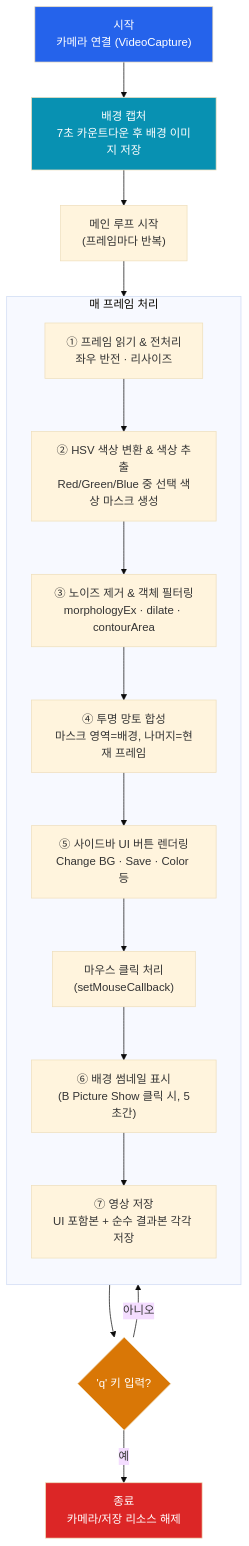
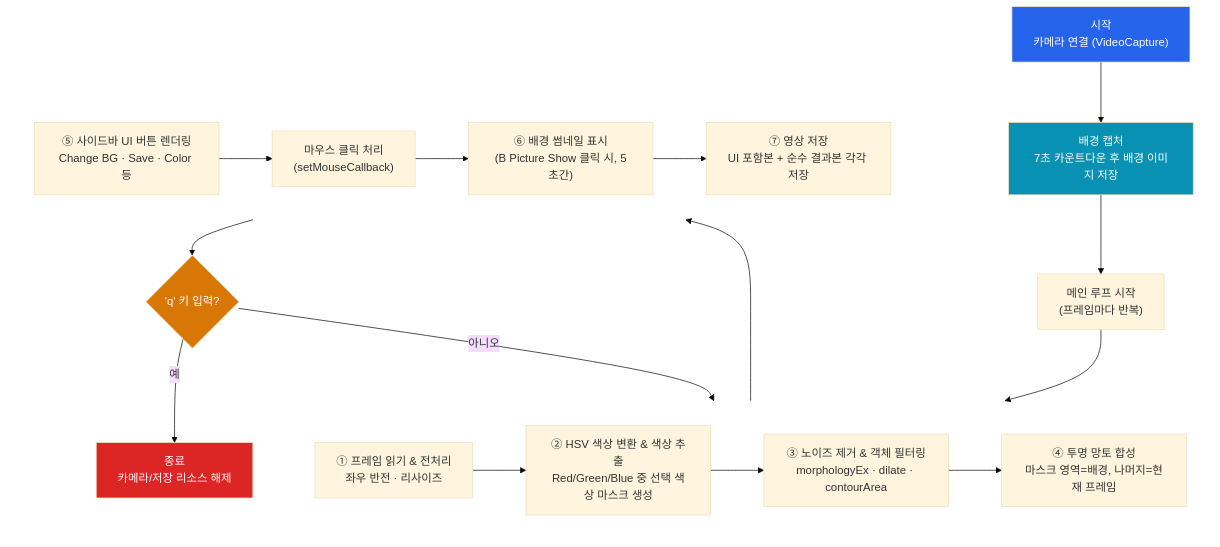
One commit to 2101080JUNGJINYOUNG/OpenCV-Invisibility-Cloak changed the diagram in README.md. Above: the diagram before and after it, drawn with Mermaid (base theme).

````diff
--- a/README.md
+++ b/README.md
@@ -15,26 +15,31 @@
 ```mermaid
 flowchart TD
     A["시작<br/>카메라 연결 (VideoCapture)"] --> B["배경 캡처<br/>7초 카운트다운 후 배경 이미지 저장"]
     B --> C["메인 루프 시작<br/>(프레임마다 반복)"]
 
-    subgraph LOOP["매 프레임 처리"]
-        direction TB
+    subgraph ROW1[" "]
+        direction LR
         C1["① 프레임 읽기 & 전처리<br/>좌우 반전 · 리사이즈"] --> C2["② HSV 색상 변환 & 색상 추출<br/>Red/Green/Blue 중 선택 색상 마스크 생성"]
         C2 --> C3["③ 노이즈 제거 & 객체 필터링<br/>morphologyEx · dilate · contourArea"]
         C3 --> C4["④ 투명 망토 합성<br/>마스크 영역=배경, 나머지=현재 프레임"]
-        C4 --> C5["⑤ 사이드바 UI 버튼 렌더링<br/>Change BG · Save · Color 등"]
-        C5 --> C6["마우스 클릭 처리<br/>(setMouseCallback)"]
+    end
+    subgraph ROW2[" "]
+        direction LR
+        C5["⑤ 사이드바 UI 버튼 렌더링<br/>Change BG · Save · Color 등"] --> C6["마우스 클릭 처리<br/>(setMouseCallback)"]
         C6 --> C7["⑥ 배경 썸네일 표시<br/>(B Picture Show 클릭 시, 5초간)"]
         C7 --> C8["⑦ 영상 저장<br/>UI 포함본 + 순수 결과본 각각 저장"]
     end
 
-    C --> C1
-    C8 --> D{"'q' 키 입력?"}
-    D -- 아니오 --> C1
+    C --> ROW1
+    ROW1 --> ROW2
+    ROW2 --> D{"'q' 키 입력?"}
+    D -- 아니오 --> ROW1
     D -- 예 --> E["종료<br/>카메라/저장 리소스 해제"]
 
     style A fill:#2563eb,color:#fff
     style E fill:#dc2626,color:#fff
     style B fill:#0891b2,color:#fff
     style D fill:#d97706,color:#fff
+    style ROW1 fill:transparent,stroke:transparent
+    style ROW2 fill:transparent,stroke:transparent
 ```
````
